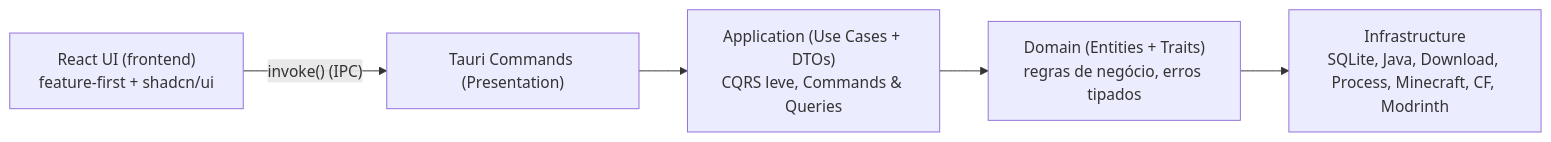
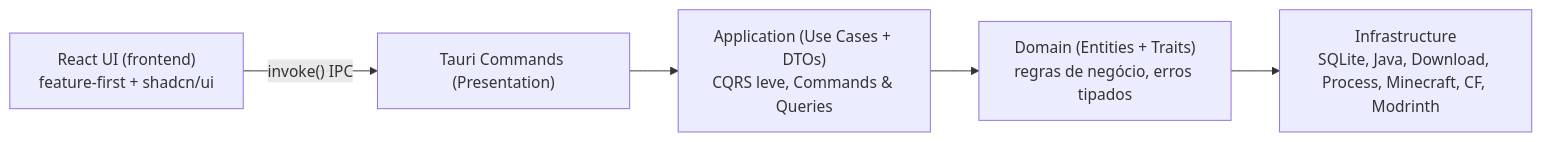
Before and after one commit to kauafpssx/AstroLauncher: the first of 2 diagrams in README.md, drawn with Mermaid. The commit also changed other lines of this file, not shown here.

````diff
--- a/README.md
+++ b/README.md
@@ -180,7 +169,7 @@
 ```mermaid
 graph LR
-    A["React UI (frontend)<br/>feature-first + shadcn/ui"] -- "invoke() (IPC)" --> B["Tauri Commands (Presentation)"]
+    A["React UI (frontend)<br/>feature-first + shadcn/ui"] -->|"invoke() IPC"| B["Tauri Commands (Presentation)"]
     B --> C["Application (Use Cases + DTOs)<br/>CQRS leve, Commands & Queries"]
     C --> D["Domain (Entities + Traits)<br/>regras de negócio, erros tipados"]
     D --> E["Infrastructure<br/>SQLite, Java, Download, Process, Minecraft, CF, Modrinth"]
 ```
````
